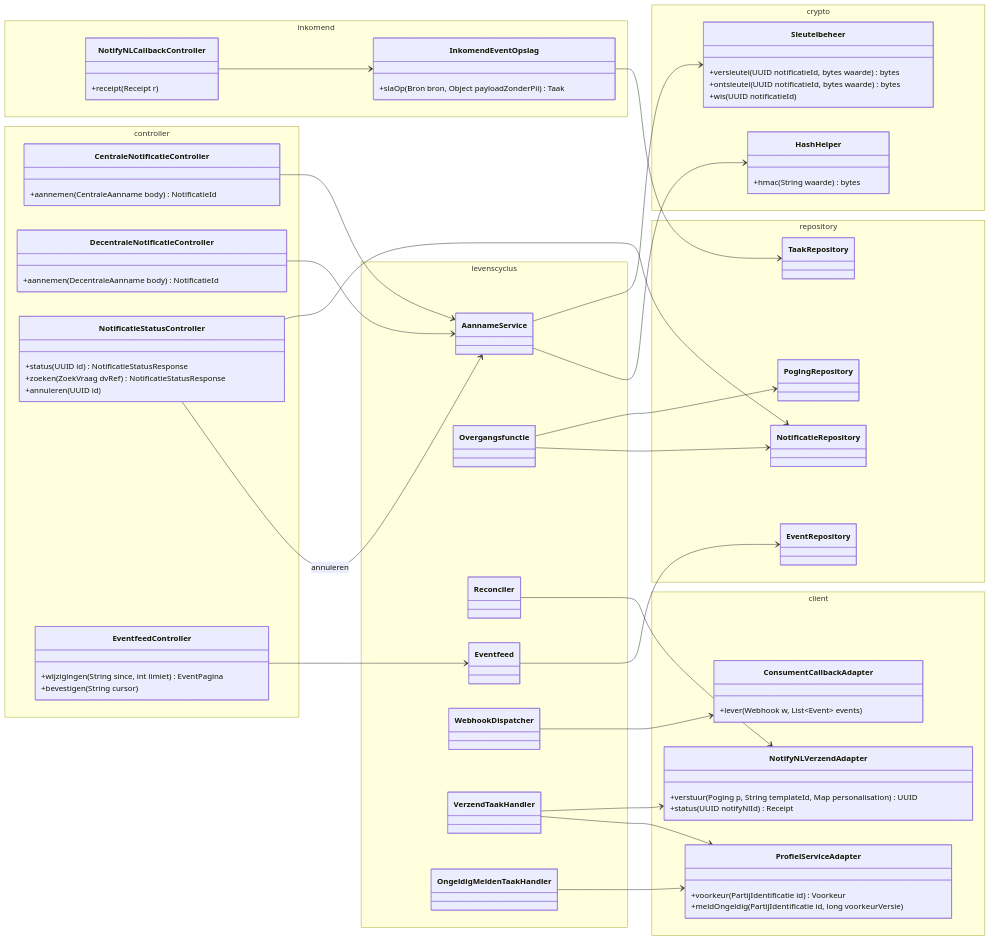
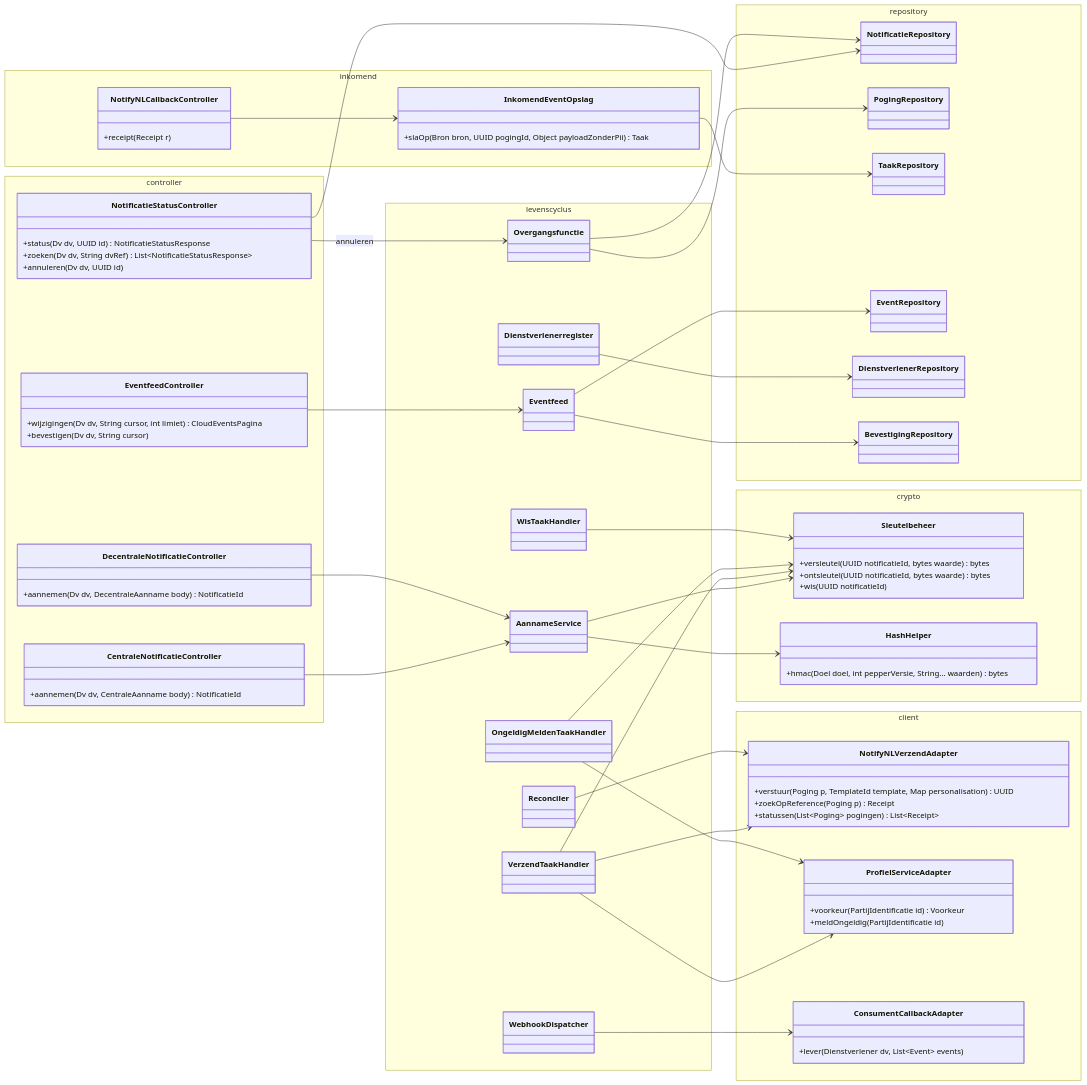
Before and after one commit to MinBZK/MijnOverheidZakelijk: the fourth of 4 diagrams in Docs/structurizr/notificatiedocs/07-code.md, drawn with Mermaid. The commit also changed other lines of this file and 13 other files, not shown here.

```diff
--- a/Docs/structurizr/notificatiedocs/07-code.md
+++ b/Docs/structurizr/notificatiedocs/07-code.md
@@ -282,19 +397,19 @@
         direction LR
         namespace controller {
             class CentraleNotificatieController {
-                +aannemen(CentraleAanname body) NotificatieId
+                +aannemen(Dv dv, CentraleAanname body) NotificatieId
             }
             class DecentraleNotificatieController {
-                +aannemen(DecentraleAanname body) NotificatieId
+                +aannemen(Dv dv, DecentraleAanname body) NotificatieId
             }
             class NotificatieStatusController {
-                +status(UUID id) NotificatieStatusResponse
-                +zoeken(ZoekVraag dvRef) NotificatieStatusResponse
-                +annuleren(UUID id)
+                +status(Dv dv, UUID id) NotificatieStatusResponse
+                +zoeken(Dv dv, String dvRef) List~NotificatieStatusResponse~
+                +annuleren(Dv dv, UUID id)
             }
             class EventfeedController {
-                +wijzigingen(String since, int limiet) EventPagina
-                +bevestigen(String cursor)
+                +wijzigingen(Dv dv, String cursor, int limiet) CloudEventsPagina
+                +bevestigen(Dv dv, String cursor)
             }
         }
         namespace inkomend {
@@ -302,20 +417,21 @@
                 +receipt(Receipt r)
             }
             class InkomendEventOpslag {
-                +slaOp(Bron bron, Object payloadZonderPii) Taak
+                +slaOp(Bron bron, UUID pogingId, Object payloadZonderPii) Taak
             }
         }
         namespace client {
             class NotifyNLVerzendAdapter {
-                +verstuur(Poging p, String templateId, Map personalisation) UUID
-                +status(UUID notifyNlId) Receipt
+                +verstuur(Poging p, TemplateId template, Map personalisation) UUID
+                +zoekOpReference(Poging p) Receipt
+                +statussen(List~Poging~ pogingen) List~Receipt~
             }
             class ProfielServiceAdapter {
                 +voorkeur(PartijIdentificatie id) Voorkeur
-                +meldOngeldig(PartijIdentificatie id, long voorkeurVersie)
+                +meldOngeldig(PartijIdentificatie id)
             }
             class ConsumentCallbackAdapter {
-                +lever(Webhook w, List~Event~ events)
+                +lever(Dienstverlener dv, List~Event~ events)
             }
         }
         namespace repository {
@@ -323,6 +439,8 @@
             class PogingRepository
             class TaakRepository
             class EventRepository
+            class DienstverlenerRepository
+            class BevestigingRepository
         }
         namespace crypto {
             class Sleutelbeheer {
@@ -331,7 +449,7 @@
                 +wis(UUID notificatieId)
             }
             class HashHelper {
-                +hmac(String waarde) bytes
+                +hmac(Doel doel, int pepperVersie, String... waarden) bytes
             }
         }
         namespace levenscyclus {
@@ -342,12 +460,16 @@
             class WebhookDispatcher
             class VerzendTaakHandler
             class OngeldigMeldenTaakHandler
+            class WisTaakHandler
+            class Dienstverlenerregister
         }
         CentraleNotificatieController --> AannameService
         DecentraleNotificatieController --> AannameService
-        NotificatieStatusController --> AannameService : annuleren
+        NotificatieStatusController --> Overgangsfunctie : annuleren
         NotificatieStatusController --> NotificatieRepository
+        Dienstverlenerregister --> DienstverlenerRepository
         EventfeedController --> Eventfeed
+        Eventfeed --> BevestigingRepository
         NotifyNLCallbackController --> InkomendEventOpslag
         InkomendEventOpslag --> TaakRepository
         AannameService --> HashHelper
@@ -356,6 +478,9 @@
         VerzendTaakHandler --> NotifyNLVerzendAdapter
         Reconciler --> NotifyNLVerzendAdapter
         OngeldigMeldenTaakHandler --> ProfielServiceAdapter
+        VerzendTaakHandler --> Sleutelbeheer
+        OngeldigMeldenTaakHandler --> Sleutelbeheer
+        WisTaakHandler --> Sleutelbeheer
         WebhookDispatcher --> ConsumentCallbackAdapter
         Overgangsfunctie --> NotificatieRepository
         Overgangsfunctie --> PogingRepository
```
